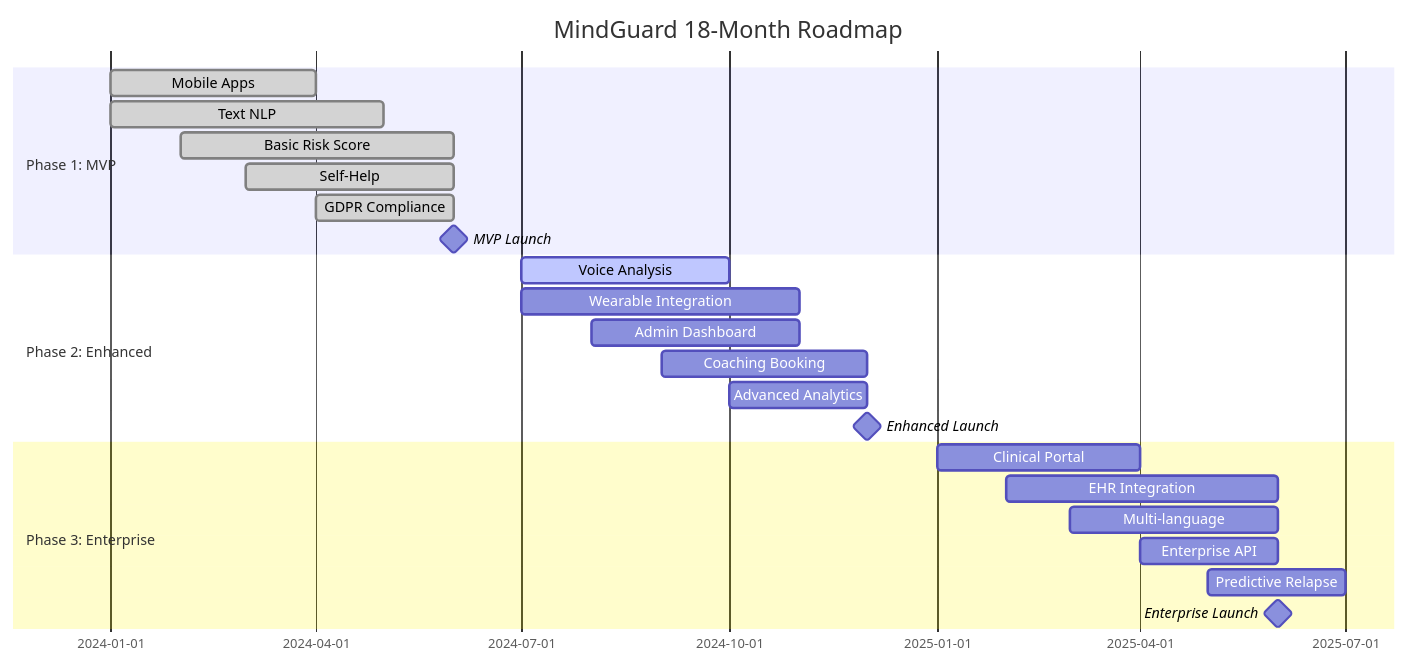
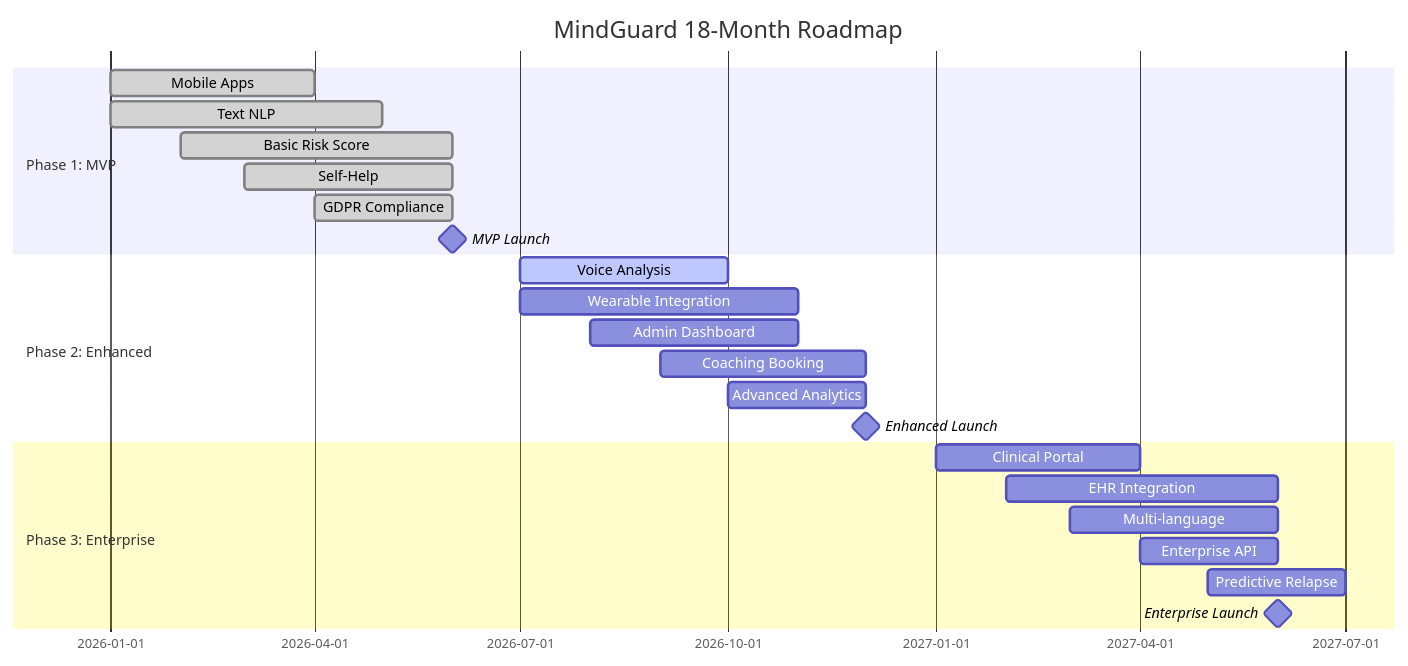
One commit to kzahhar611/MindGuard changed the sixth of 6 diagrams in README.md. Above: the diagram before and after it, drawn with Mermaid.

````diff
--- a/README.md
+++ b/README.md
@@ -404,29 +404,29 @@
 ```mermaid
 gantt
     title MindGuard 18-Month Roadmap
     dateFormat  YYYY-MM
     
     section Phase 1: MVP
-    Mobile Apps           :done, p1a, 2024-01, 3M
-    Text NLP              :done, p1b, 2024-01, 4M
-    Basic Risk Score      :done, p1c, 2024-02, 4M
-    Self-Help             :done, p1d, 2024-03, 3M
-    GDPR Compliance       :done, p1e, 2024-04, 2M
-    MVP Launch            :milestone, m1, 2024-06, 0d
+    Mobile Apps           :done, p1a, 2026-01, 3M
+    Text NLP              :done, p1b, 2026-01, 4M
+    Basic Risk Score      :done, p1c, 2026-02, 4M
+    Self-Help             :done, p1d, 2026-03, 3M
+    GDPR Compliance       :done, p1e, 2026-04, 2M
+    MVP Launch            :milestone, m1, 2026-06, 0d
     
     section Phase 2: Enhanced
-    Voice Analysis        :active, p2a, 2024-07, 3M
-    Wearable Integration  :p2b, 2024-07, 4M
-    Admin Dashboard       :p2c, 2024-08, 3M
-    Coaching Booking      :p2d, 2024-09, 3M
-    Advanced Analytics    :p2e, 2024-10, 2M
-    Enhanced Launch       :milestone, m2, 2024-12, 0d
+    Voice Analysis        :active, p2a, 2026-07, 3M
+    Wearable Integration  :p2b, 2026-07, 4M
+    Admin Dashboard       :p2c, 2026-08, 3M
+    Coaching Booking      :p2d, 2026-09, 3M
+    Advanced Analytics    :p2e, 2026-10, 2M
+    Enhanced Launch       :milestone, m2, 2026-12, 0d
     
     section Phase 3: Enterprise
-    Clinical Portal       :p3a, 2025-01, 3M
-    EHR Integration       :p3b, 2025-02, 4M
-    Multi-language        :p3c, 2025-03, 3M
-    Enterprise API        :p3d, 2025-04, 2M
-    Predictive Relapse    :p3e, 2025-05, 2M
-    Enterprise Launch     :milestone, m3, 2025-06, 0d
+    Clinical Portal       :p3a, 2027-01, 3M
+    EHR Integration       :p3b, 2027-02, 4M
+    Multi-language        :p3c, 2027-03, 3M
+    Enterprise API        :p3d, 2027-04, 2M
+    Predictive Relapse    :p3e, 2027-05, 2M
+    Enterprise Launch     :milestone, m3, 2027-06, 0d
 ```
````
